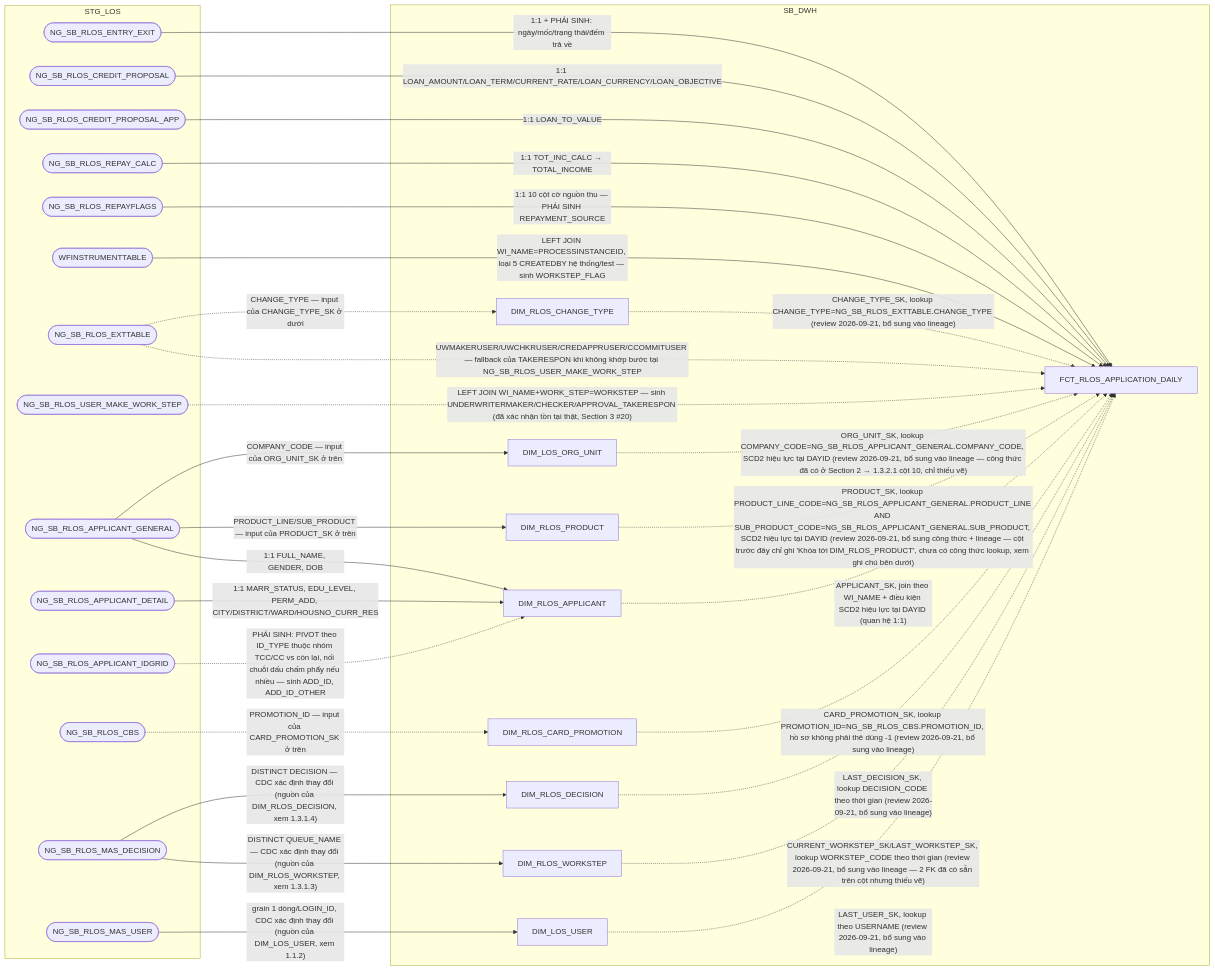
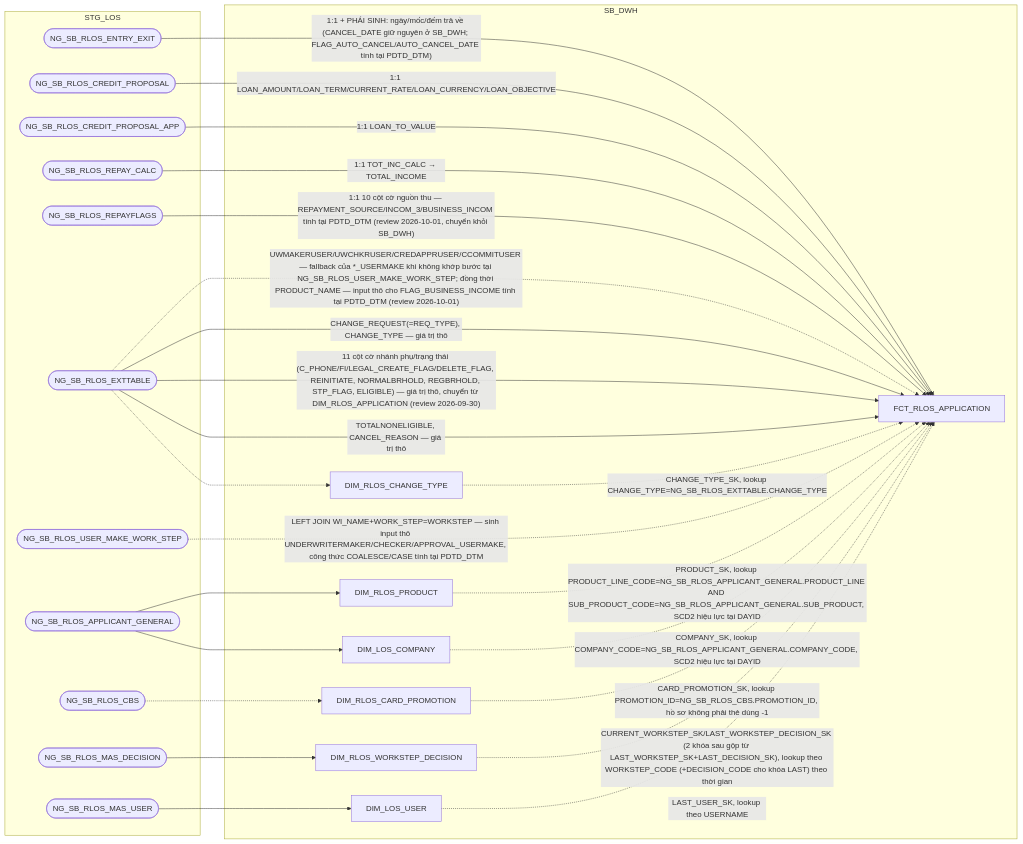
Before and after one commit to chien1198/sb-mapping-gen: the seventh of 14 diagrams in hld/hld_review/HLD_FCT_SB_DWH_review.md, drawn with Mermaid. The commit also changed other lines of this file and 183 other files, not shown here.

````diff
--- a/hld/hld_review/HLD_FCT_SB_DWH_review.md
+++ b/hld/hld_review/HLD_FCT_SB_DWH_review.md
@@ -532,56 +534,47 @@
 ```mermaid
 flowchart LR
     subgraph STG_LOS
         A(["NG_SB_RLOS_ENTRY_EXIT"])
         B(["NG_SB_RLOS_CREDIT_PROPOSAL"])
         C(["NG_SB_RLOS_CREDIT_PROPOSAL_APP"])
         F(["NG_SB_RLOS_REPAY_CALC"])
         G(["NG_SB_RLOS_REPAYFLAGS"])
-        H(["WFINSTRUMENTTABLE"])
         I(["NG_SB_RLOS_EXTTABLE"])
         J(["NG_SB_RLOS_USER_MAKE_WORK_STEP"])
         P1(["NG_SB_RLOS_APPLICANT_GENERAL"])
-        P2(["NG_SB_RLOS_APPLICANT_DETAIL"])
-        P3(["NG_SB_RLOS_APPLICANT_IDGRID"])
         P4(["NG_SB_RLOS_CBS"])
         MW(["NG_SB_RLOS_MAS_DECISION"])
         U(["NG_SB_RLOS_MAS_USER"])
     end
     subgraph SB_DWH
-        K["DIM_RLOS_APPLICANT"]
-        WS["DIM_RLOS_WORKSTEP"]
-        DC["DIM_RLOS_DECISION"]
+        WD["DIM_RLOS_WORKSTEP_DECISION"]
         US["DIM_LOS_USER"]
         PR["DIM_RLOS_PRODUCT"]
-        OU["DIM_LOS_ORG_UNIT"]
+        OU["DIM_LOS_COMPANY"]
         CT["DIM_RLOS_CHANGE_TYPE"]
         CP["DIM_RLOS_CARD_PROMOTION"]
-        E["FCT_RLOS_APPLICATION_DAILY"]
+        E["FCT_RLOS_APPLICATION"]
     end
-    A -->|1:1 + PHÁI SINH: ngày/mốc/trạng thái/đếm trả về| E
+    A -->|"1:1 + PHÁI SINH: ngày/mốc/đếm trả về (CANCEL_DATE giữ nguyên ở SB_DWH; FLAG_AUTO_CANCEL/AUTO_CANCEL_DATE tính tại PDTD_DTM)"| E
     B -->|1:1 LOAN_AMOUNT/LOAN_TERM/CURRENT_RATE/LOAN_CURRENCY/LOAN_OBJECTIVE| E
     C -->|1:1 LOAN_TO_VALUE| E
     F -->|1:1 TOT_INC_CALC → TOTAL_INCOME| E
-    G -->|1:1 10 cột cờ nguồn thu — PHÁI SINH REPAYMENT_SOURCE| E
-    H -->|"LEFT JOIN WI_NAME=PROCESSINSTANCEID, loại 5 CREATEDBY hệ thống/test — sinh WORKSTEP_FLAG"| E
-    I -.->|"UWMAKERUSER/UWCHKRUSER/CREDAPPRUSER/CCOMMITUSER — fallback của TAKERESPON khi không khớp bước tại NG_SB_RLOS_USER_MAKE_WORK_STEP"| E
-    I -.->|"CHANGE_TYPE — input của CHANGE_TYPE_SK ở dưới"| CT
-    J -.->|"LEFT JOIN WI_NAME+WORK_STEP=WORKSTEP — sinh UNDERWRITERMAKER/CHECKER/APPROVAL_TAKERESPON (đã xác nhận tồn tại thật, Section 3 #20)"| E
-    K -.->|"APPLICANT_SK, join theo WI_NAME + điều kiện SCD2 hiệu lực tại DAYID (quan hệ 1:1)"| E
-    P1 -->|1:1 FULL_NAME, GENDER, DOB| K
-    P2 -->|1:1 MARR_STATUS, EDU_LEVEL, PERM_ADD, CITY/DISTRICT/WARD/HOUSNO_CURR_RES| K
-    P3 -.->|PHÁI SINH: PIVOT theo ID_TYPE thuộc nhóm TCC/CC vs còn lại, nối chuỗi dấu chấm phẩy nếu nhiều — sinh ADD_ID, ADD_ID_OTHER| K
-    WS -.->|"CURRENT_WORKSTEP_SK/LAST_WORKSTEP_SK, lookup WORKSTEP_CODE theo thời gian (review 2026-09-21, bổ sung vào lineage — 2 FK đã có sẵn trên cột nhưng thiếu vẽ)"| E
-    DC -.->|"LAST_DECISION_SK, lookup DECISION_CODE theo thời gian (review 2026-09-21, bổ sung vào lineage)"| E
-    US -.->|"LAST_USER_SK, lookup theo USERNAME (review 2026-09-21, bổ sung vào lineage)"| E
-    MW -->|"DISTINCT QUEUE_NAME — CDC xác định thay đổi (nguồn của DIM_RLOS_WORKSTEP, xem 1.3.1.3)"| WS
-    MW -->|"DISTINCT DECISION — CDC xác định thay đổi (nguồn của DIM_RLOS_DECISION, xem 1.3.1.4)"| DC
-    U -->|"grain 1 dòng/LOGIN_ID, CDC xác định thay đổi (nguồn của DIM_LOS_USER, xem 1.1.2)"| US
-    PR -.->|"PRODUCT_SK, lookup PRODUCT_LINE_CODE=NG_SB_RLOS_APPLICANT_GENERAL.PRODUCT_LINE AND SUB_PRODUCT_CODE=NG_SB_RLOS_APPLICANT_GENERAL.SUB_PRODUCT, SCD2 hiệu lực tại DAYID (review 2026-09-21, bổ sung công thức + lineage — cột trước đây chỉ ghi 'Khóa tới DIM_RLOS_PRODUCT', chưa có công thức lookup, xem ghi chú bên dưới)"| E
-    OU -.->|"ORG_UNIT_SK, lookup COMPANY_CODE=NG_SB_RLOS_APPLICANT_GENERAL.COMPANY_CODE, SCD2 hiệu lực tại DAYID (review 2026-09-21, bổ sung vào lineage — công thức đã có ở Section 2 → 1.3.2.1 cột 10, chỉ thiếu vẽ)"| E
-    CT -.->|"CHANGE_TYPE_SK, lookup CHANGE_TYPE=NG_SB_RLOS_EXTTABLE.CHANGE_TYPE (review 2026-09-21, bổ sung vào lineage)"| E
-    CP -.->|"CARD_PROMOTION_SK, lookup PROMOTION_ID=NG_SB_RLOS_CBS.PROMOTION_ID, hồ sơ không phải thẻ dùng -1 (review 2026-09-21, bổ sung vào lineage)"| E
-    P1 -->|"PRODUCT_LINE/SUB_PRODUCT — input của PRODUCT_SK ở trên"| PR
-    P1 -->|"COMPANY_CODE — input của ORG_UNIT_SK ở trên"| OU
-    P4 -.->|"PROMOTION_ID — input của CARD_PROMOTION_SK ở trên"| CP
+    G -->|"1:1 10 cột cờ nguồn thu — REPAYMENT_SOURCE/INCOM_3/BUSINESS_INCOM tính tại PDTD_DTM (review 2026-10-01, chuyển khỏi SB_DWH)"| E
+    I -.->|"UWMAKERUSER/UWCHKRUSER/CREDAPPRUSER/CCOMMITUSER — fallback của *_USERMAKE khi không khớp bước tại NG_SB_RLOS_USER_MAKE_WORK_STEP; đồng thời PRODUCT_NAME — input thô cho FLAG_BUSINESS_INCOME tính tại PDTD_DTM (review 2026-10-01)"| E
+    I -->|"CHANGE_REQUEST(=REQ_TYPE), CHANGE_TYPE — giá trị thô"| E
+    I -->|"11 cột cờ nhánh phụ/trạng thái (C_PHONE/FI/LEGAL_CREATE_FLAG/DELETE_FLAG, REINITIATE, NORMALBRHOLD, REGBRHOLD, STP_FLAG, ELIGIBLE) — giá trị thô, chuyển từ DIM_RLOS_APPLICATION (review 2026-09-30)"| E
+    I -->|"TOTALNONELIGIBLE, CANCEL_REASON — giá trị thô"| E
+    I -.-> CT
+    J -.->|"LEFT JOIN WI_NAME+WORK_STEP=WORKSTEP — sinh input thô UNDERWRITERMAKER/CHECKER/APPROVAL_USERMAKE, công thức COALESCE/CASE tính tại PDTD_DTM"| E
+    WD -.->|"CURRENT_WORKSTEP_SK/LAST_WORKSTEP_DECISION_SK (2 khóa sau gộp từ LAST_WORKSTEP_SK+LAST_DECISION_SK), lookup theo WORKSTEP_CODE (+DECISION_CODE cho khóa LAST) theo thời gian"| E
+    US -.->|"LAST_USER_SK, lookup theo USERNAME"| E
+    MW --> WD
+    U --> US
+    PR -.->|"PRODUCT_SK, lookup PRODUCT_LINE_CODE=NG_SB_RLOS_APPLICANT_GENERAL.PRODUCT_LINE AND SUB_PRODUCT_CODE=NG_SB_RLOS_APPLICANT_GENERAL.SUB_PRODUCT, SCD2 hiệu lực tại DAYID"| E
+    OU -.->|"COMPANY_SK, lookup COMPANY_CODE=NG_SB_RLOS_APPLICANT_GENERAL.COMPANY_CODE, SCD2 hiệu lực tại DAYID"| E
+    CT -.->|"CHANGE_TYPE_SK, lookup CHANGE_TYPE=NG_SB_RLOS_EXTTABLE.CHANGE_TYPE"| E
+    CP -.->|"CARD_PROMOTION_SK, lookup PROMOTION_ID=NG_SB_RLOS_CBS.PROMOTION_ID, hồ sơ không phải thẻ dùng -1"| E
+    P1 --> PR
+    P1 --> OU
+    P4 -.-> CP
 ```
````
